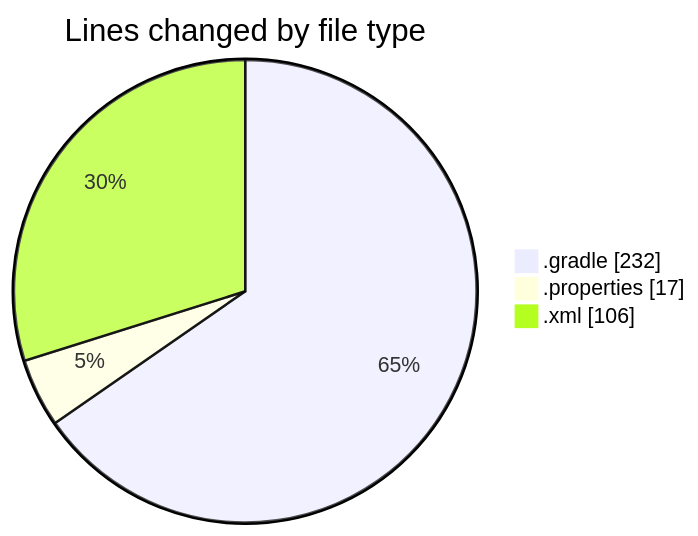
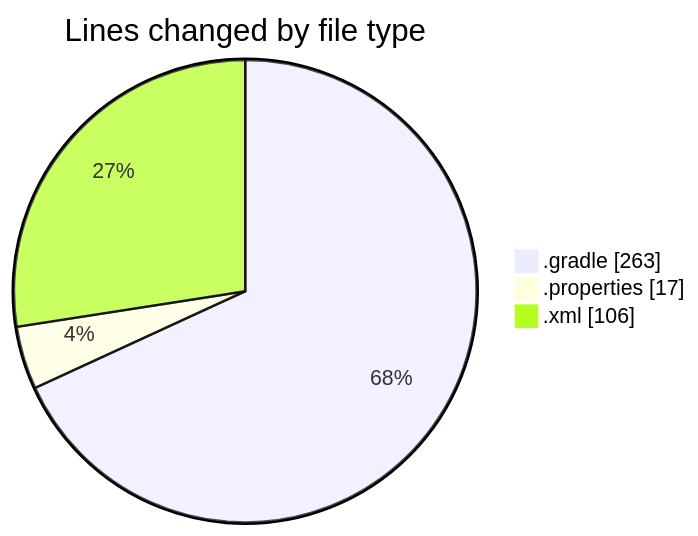
One commit to donsfak/code-tracking changed the first of 2 diagrams in 2025-02-01/maps_clone/README.md. Above: the diagram before and after it, drawn with Mermaid. The commit also changed other lines of this file and 1 other file, not shown here.

````diff
--- a/2025-02-01/maps_clone/README.md
+++ b/2025-02-01/maps_clone/README.md
@@ -25,7 +25,7 @@
 ```mermaid
 pie showData
 title Lines changed by file type
-".gradle" : 232
+".gradle" : 263
 ".properties" : 17
 ".xml" : 106
 ```
````
